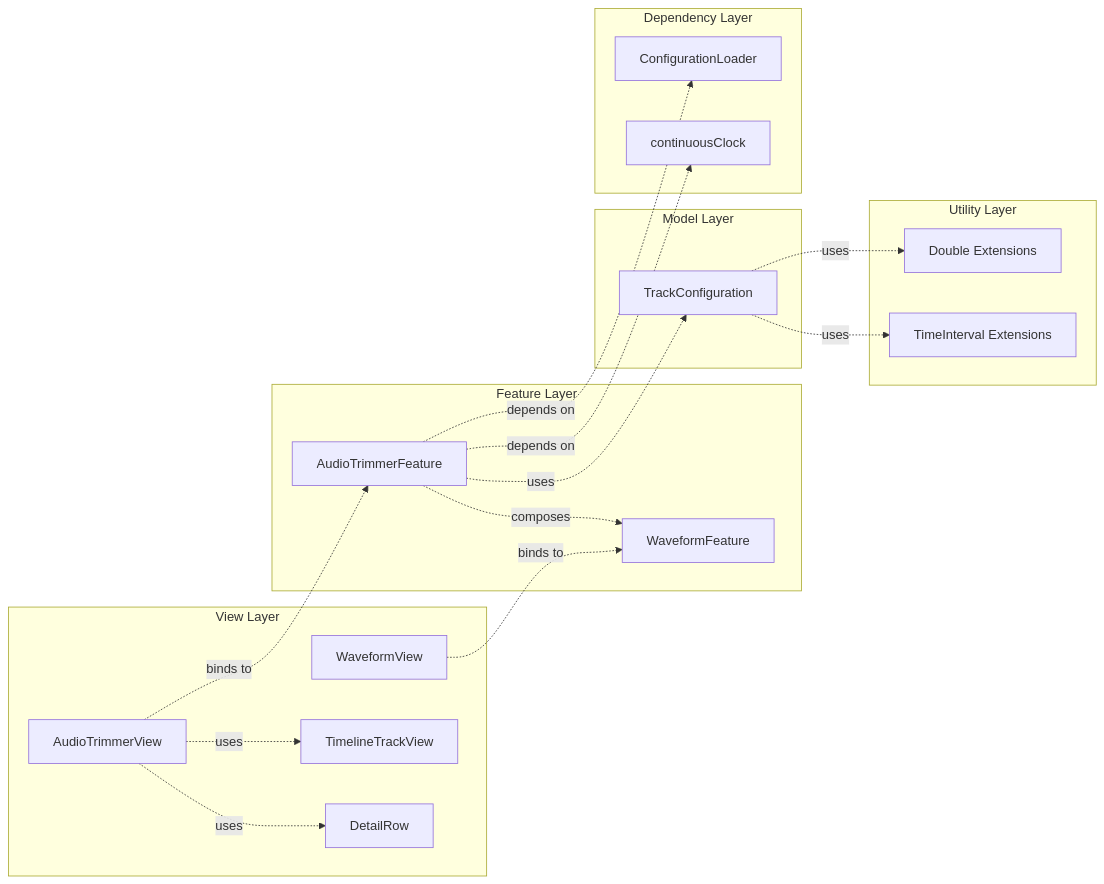
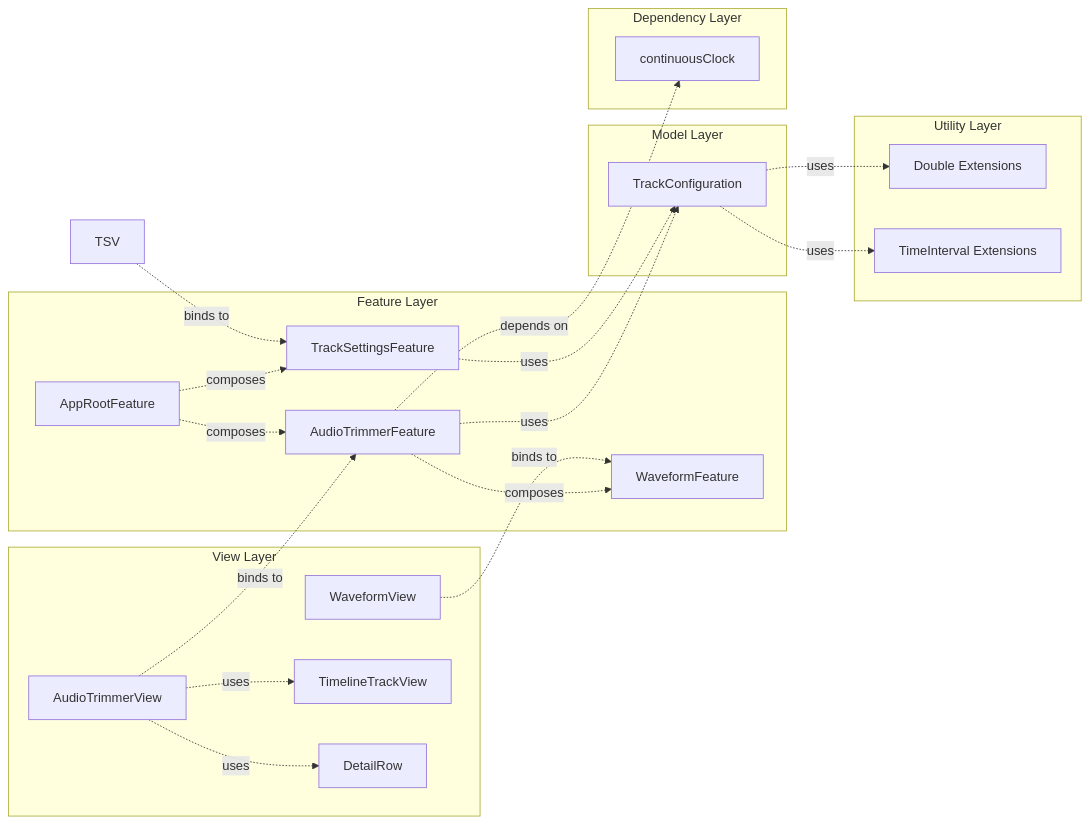
The second of 2 diagrams in README.md (justbug/Audio-Trimmer), drawn with Mermaid before and after one commit. The commit also changed other lines of this file and 1 other file, not shown here.

First line of the commit message:
feat(track-settings): implement path-based navigation and track settings feature

````diff
--- a/README.md
+++ b/README.md
@@ -106,41 +113,45 @@
 ```mermaid
 graph LR
     subgraph ViewLayer["View Layer"]
         AV[AudioTrimmerView]
         WV[WaveformView]
         TTV[TimelineTrackView]
         DR[DetailRow]
     end
     
     subgraph FeatureLayer["Feature Layer"]
+        ARF[AppRootFeature]
+        TSF[TrackSettingsFeature]
         ATF[AudioTrimmerFeature]
         WF[WaveformFeature]
     end
     
     subgraph ModelLayer["Model Layer"]
         TC[TrackConfiguration]
     end
     
     subgraph UtilityLayer["Utility Layer"]
         DE["Double Extensions"]
         TIE["TimeInterval Extensions"]
     end
     
     subgraph DependencyLayer["Dependency Layer"]
-        CL[ConfigurationLoader]
         CC[continuousClock]
     end
     
+    TSV -.->|binds to| TSF
     AV -.->|binds to| ATF
     AV -.->|uses| TTV
     AV -.->|uses| DR
     WV -.->|binds to| WF
     
+    ARF -.->|composes| TSF
+    ARF -.->|composes| ATF
+    TSF -.->|uses| TC
     ATF -.->|composes| WF
     ATF -.->|uses| TC
-    ATF -.->|depends on| CL
     ATF -.->|depends on| CC
     
     TC -.->|uses| DE
     TC -.->|uses| TIE
 ```
````
